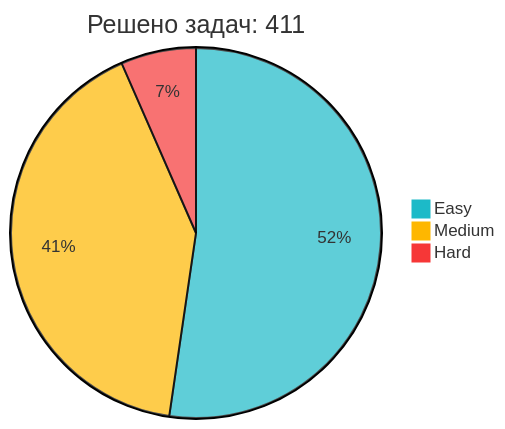
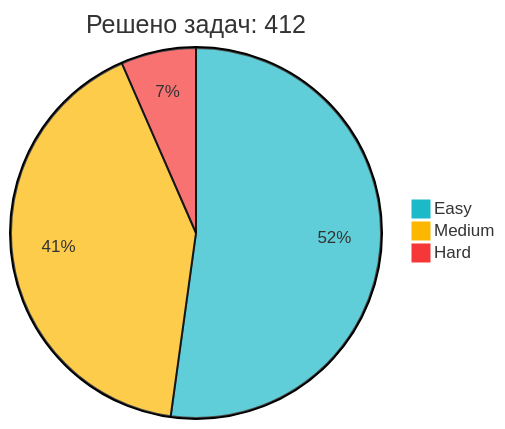
One commit to IliaKurdukov/IliaKurdukov changed the diagram in README.md. Above: the diagram before and after it, drawn with Mermaid. The commit also changed other lines of this file, not shown here.

````diff
--- a/README.md
+++ b/README.md
@@ -51,7 +51,7 @@
 ```mermaid
 %%{init: {'theme': 'base', 'themeVariables': { 'pie1': '#1CBAC8', 'pie2': '#FEB700', 'pie3': '#F63737' }, 'config': {'width': 300, 'height': 200}}}%%
-pie title Решено задач: 411
+pie title Решено задач: 412
    "Easy" : 215
-   "Medium" : 169
+   "Medium" : 170
    "Hard" : 27
 ```
````
